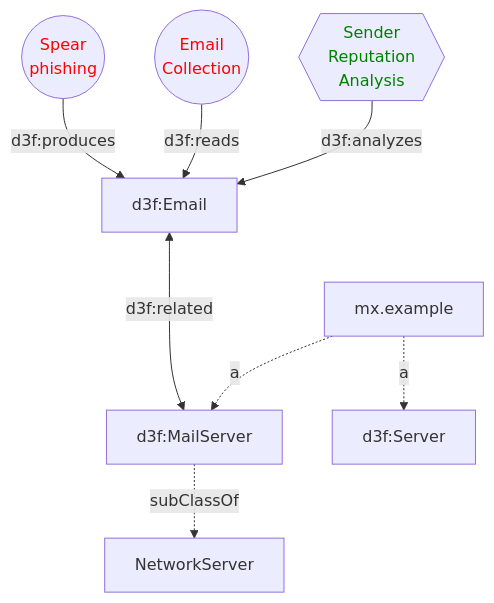
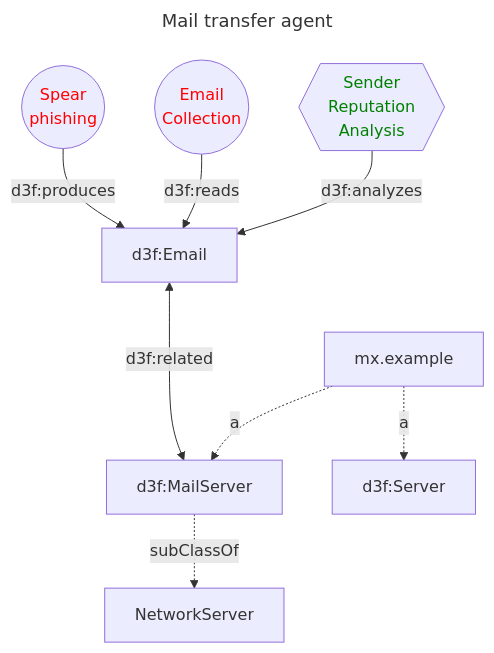
One commit to ioggstream/d3sign changed the diagram in app/src/data/examples/mta.md. Above: the diagram before and after it, drawn with Mermaid. The commit also changed 8 other files, not shown here.

Commit message:
Fix: #6. Diagram titles.

````diff
--- a/app/src/data/examples/mta.md
+++ b/app/src/data/examples/mta.md
@@ -1,15 +1,18 @@
 ```mermaid
+---
+title: Mail transfer agent
+---
 graph
 
 classDef dt color:green
 classDef red color:red
 
 mx.example -.->|a| d3f:MailServer -.->|subClassOf| NetworkServer
 mx.example -.->|a| d3f:Server
 d3f:Email <--->|d3f:related| d3f:MailServer
 %%  -->|d3f:related to| d3f:Email
 
 SRA{{Sender<br>Reputation<br>Analysis}}:::dt -->|d3f:analyzes| d3f:Email
 Local_Email_Collection((Email<br>Collection)):::red  -->|d3f:reads| d3f:Email
 Spearphishing((Spear<br>phishing)):::red -->|d3f:produces| d3f:Email
 ```
````
